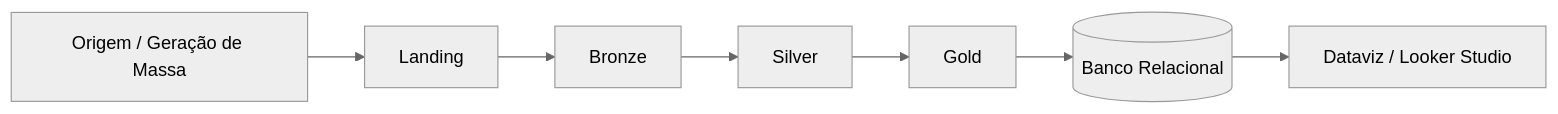
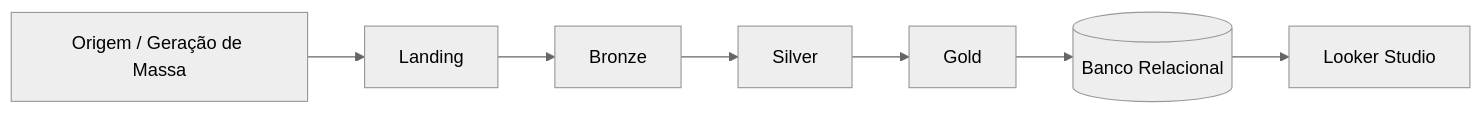
One commit to Luan-zanardo/data-pipeline changed the diagram in docs/index.md. Above: the diagram before and after it, drawn with Mermaid (neutral theme). The commit also changed other lines of this file and 12 other files, not shown here.

````diff
--- a/docs/index.md
+++ b/docs/index.md
@@ -10,9 +11,9 @@
 ```mermaid
 flowchart LR
     A[Origem / Geração de Massa] --> B[Landing]
     B --> C[Bronze]
     C --> D[Silver]
     D --> E[Gold]
     E --> F[(Banco Relacional)]
-    F --> G[Dataviz / Looker Studio]
+    F --> G[Looker Studio]
 ```
````
